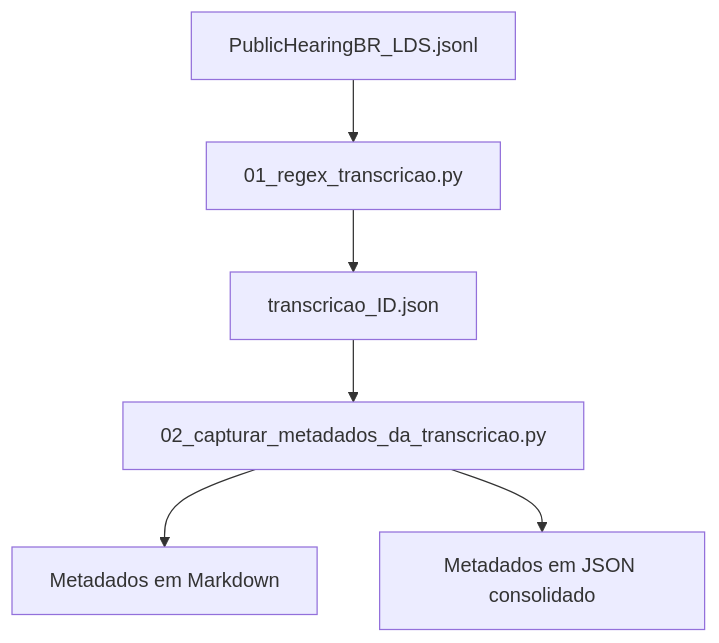
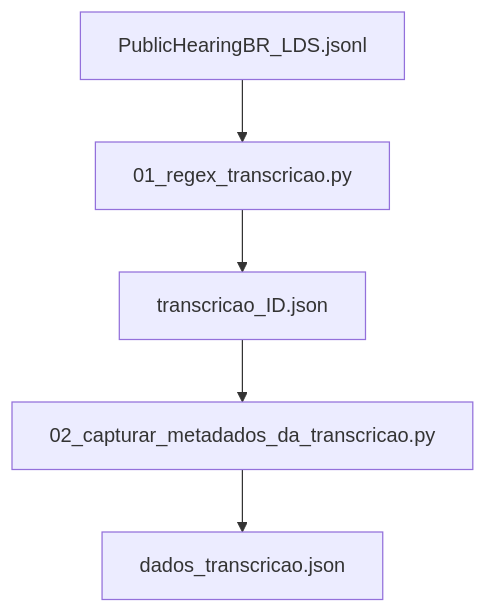
One commit to Ideias-em-Rede/team-overthinkers changed the diagram in docs/01_estruturacao_transcricao.md. Above: the diagram before and after it, drawn with Mermaid. The commit also changed other lines of this file, not shown here.

````diff
--- a/docs/01_estruturacao_transcricao.md
+++ b/docs/01_estruturacao_transcricao.md
@@ -11,13 +11,11 @@
 ```mermaid
 flowchart TD
 
     A[PublicHearingBR_LDS.jsonl] --> B[01_regex_transcricao.py]
 
     B --> C[transcricao_ID.json]
 
     C --> D[02_capturar_metadados_da_transcricao.py]
 
-    D --> E[Metadados em Markdown]
-
-    D --> F[Metadados em JSON consolidado]
+    D --> E[dados_transcricao.json]
 ```
````
